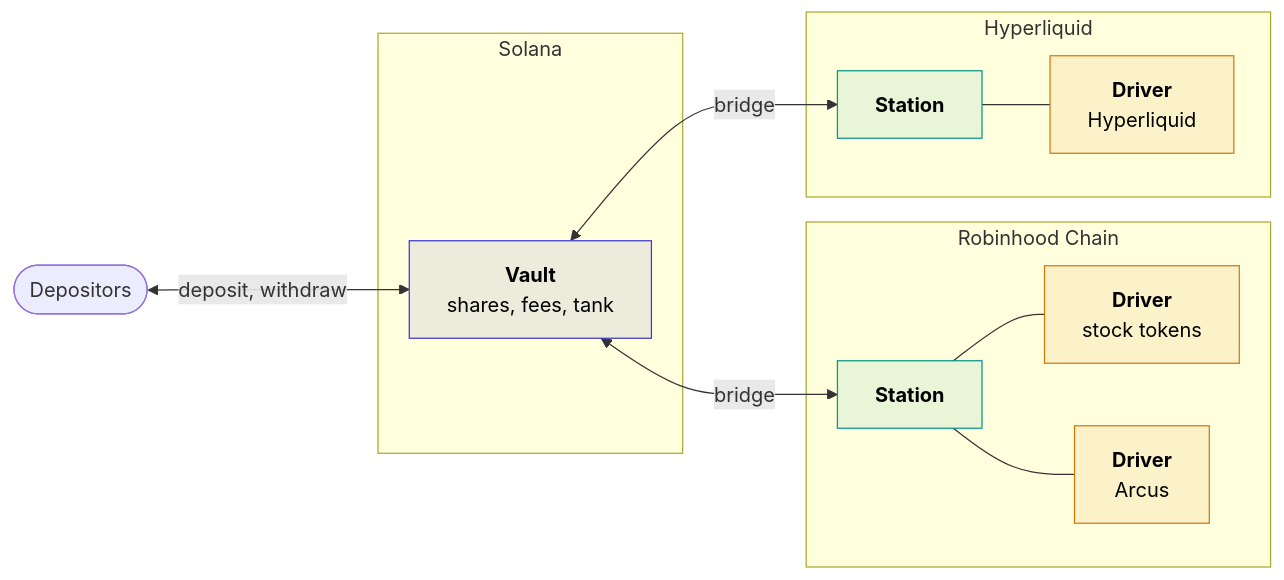
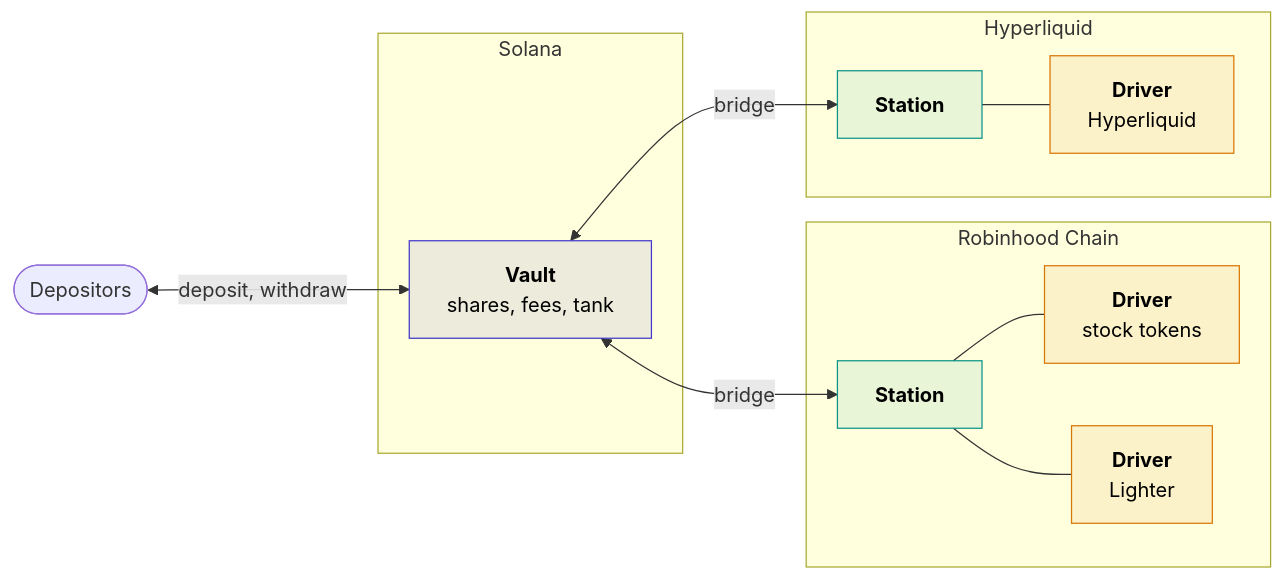
One commit to ShoninFi/shonin-platform changed the first of 2 diagrams in docs/content/basics/smart-contracts.md. Above: the diagram before and after it, drawn with Mermaid. The commit also changed other lines of this file and 2 other files, not shown here.

Commit message:
Docs: Lighter as a driver, decision markets on Solana, and what a trade-only key can do
The drivers list names Lighter for perpetuals on Robinhood Chain and a
decision market on Solana. The multi-chain example hedges on Lighter. The
trade-only keys page says what the venue refuses a key, and what happens if a
key ever places an account's money in someone else's pool at a venue.

````diff
--- a/docs/content/basics/smart-contracts.md
+++ b/docs/content/basics/smart-contracts.md
@@ -123,24 +123,24 @@
 ```mermaid
 flowchart LR
     D(["Depositors"])
     subgraph SOL["Solana"]
         V["<b>Vault</b><br/>shares, fees, tank"]
     end
     subgraph RH["Robinhood Chain"]
         S1["<b>Station</b>"] --- R1["<b>Driver</b><br/>stock tokens"]
-        S1 --- R2["<b>Driver</b><br/>Arcus"]
+        S1 --- R2["<b>Driver</b><br/>Lighter"]
     end
     subgraph HL["Hyperliquid"]
         S2["<b>Station</b>"] --- H1["<b>Driver</b><br/>Hyperliquid"]
     end
     D <-->|"deposit, withdraw"| V
     V <-->|"bridge"| S1
     V <-->|"bridge"| S2
 
     classDef vault fill:#4338ca18,stroke:#4338ca,color:inherit
     classDef station fill:#0d948818,stroke:#0d9488,color:inherit
     classDef driver fill:#d9770618,stroke:#d97706,color:inherit
     class V vault
     class S1,S2 station
     class R1,R2,H1 driver
 ```
````
